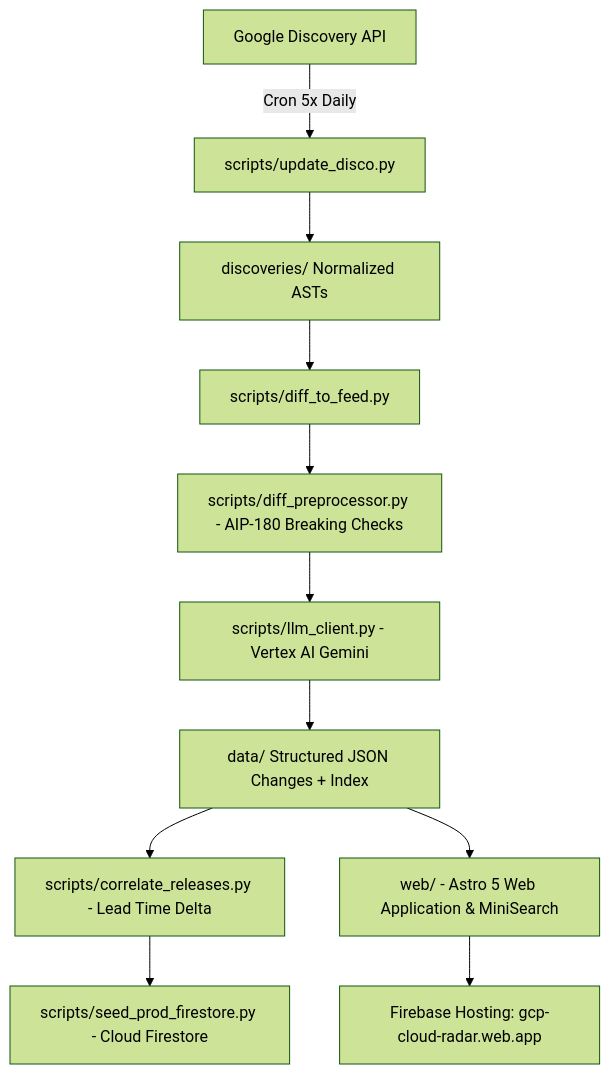
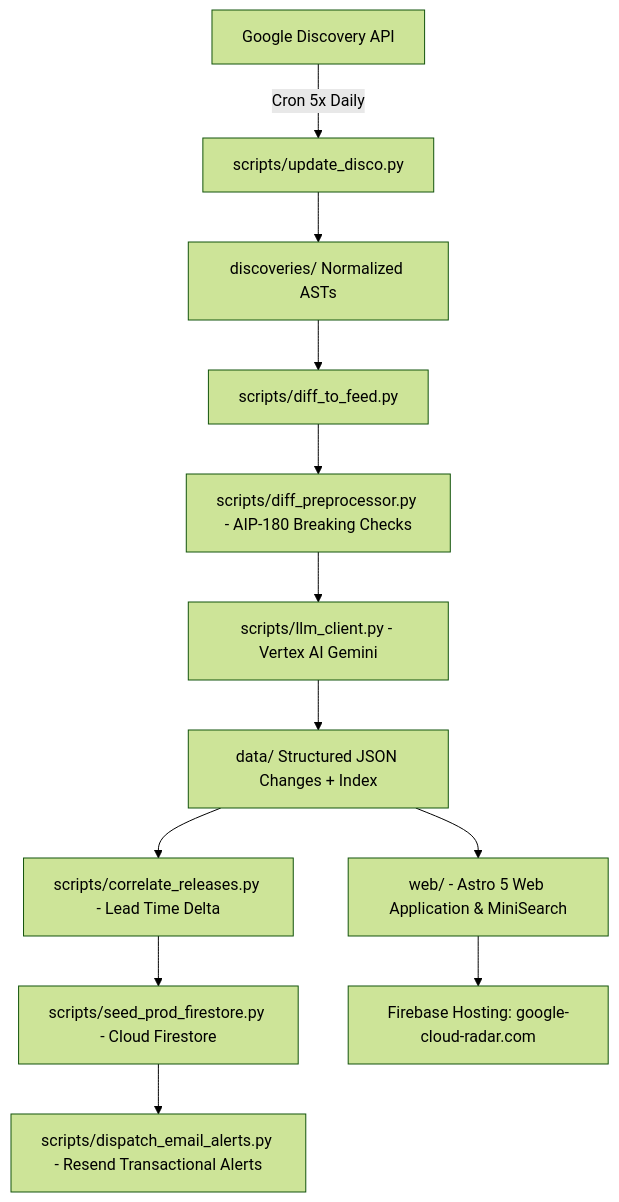
One commit to max-ostapenko/google-cloud-radar changed the diagram in README.md. Above: the diagram before and after it, drawn with Mermaid (forest theme). The commit also changed other lines of this file and 4 other files, not shown here.

Commit message:
docs: update architecture, component guides, and add email dispatch test coverage

````diff
--- a/README.md
+++ b/README.md
@@ -13,13 +13,14 @@
 ```mermaid
 graph TD
     A[Google Discovery API] -->|Cron 5x Daily| B[scripts/update_disco.py]
     B --> C[discoveries/ Normalized ASTs]
     C --> D[scripts/diff_to_feed.py]
     D --> E[scripts/diff_preprocessor.py - AIP-180 Breaking Checks]
     E --> F[scripts/llm_client.py - Vertex AI Gemini]
     F --> G[data/ Structured JSON Changes + Index]
     G --> H[scripts/correlate_releases.py - Lead Time Delta]
     H --> I[scripts/seed_prod_firestore.py - Cloud Firestore]
-    G --> J[web/ - Astro 5 Web Application & MiniSearch]
-    J --> K[Firebase Hosting: gcp-cloud-radar.web.app]
+    I --> J[scripts/dispatch_email_alerts.py - Resend Transactional Alerts]
+    G --> K[web/ - Astro 5 Web Application & MiniSearch]
+    K --> L[Firebase Hosting: google-cloud-radar.com]
 ```
````
